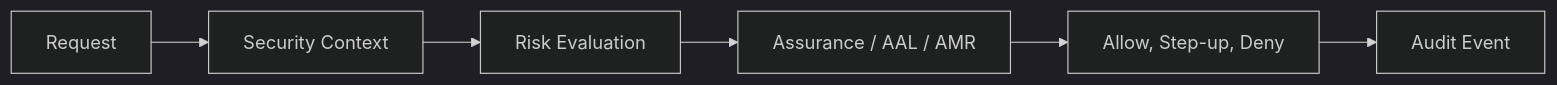
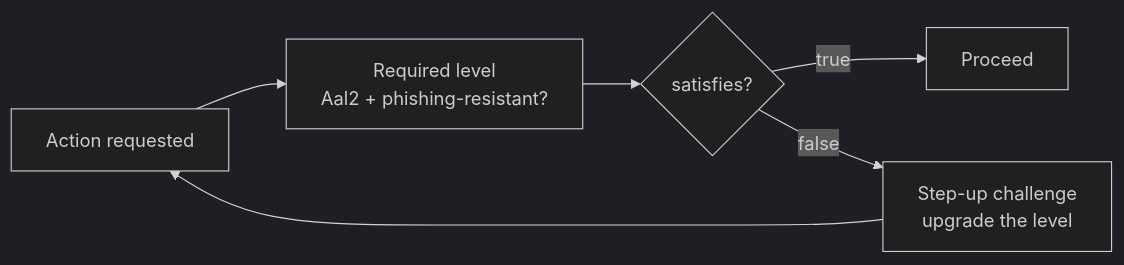
The diagram in docs-site/docs/concepts/assurance-theory.md (padosoft/laravel-rebel-core), drawn with Mermaid (dark theme) before and after one commit. The commit also changed other lines of this file and 56 other files, not shown here.

````diff
--- a/docs-site/docs/concepts/assurance-theory.md
+++ b/docs-site/docs/concepts/assurance-theory.md
@@ -17,8 +70,8 @@
 ```mermaid
 flowchart LR
-  Request[Request] --> Context[Security Context]
-  Context --> Risk[Risk Evaluation]
-  Risk --> Assurance[Assurance / AAL / AMR]
-  Assurance --> Decision[Allow, Step-up, Deny]
-  Decision --> Audit[Audit Event]
+  A[Action requested] --> R[Required level\nAal2 + phishing-resistant?]
+  R --> C{satisfies?}
+  C -->|true| Allow[Proceed]
+  C -->|false| Step[Step-up challenge\nupgrade the level]
+  Step --> A
 ```
````
